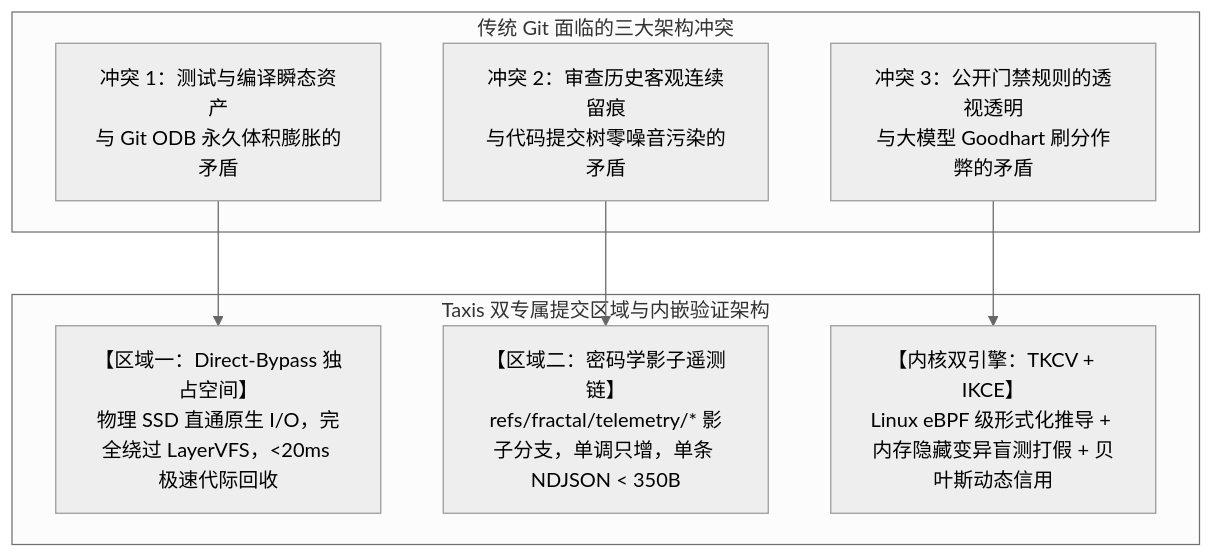
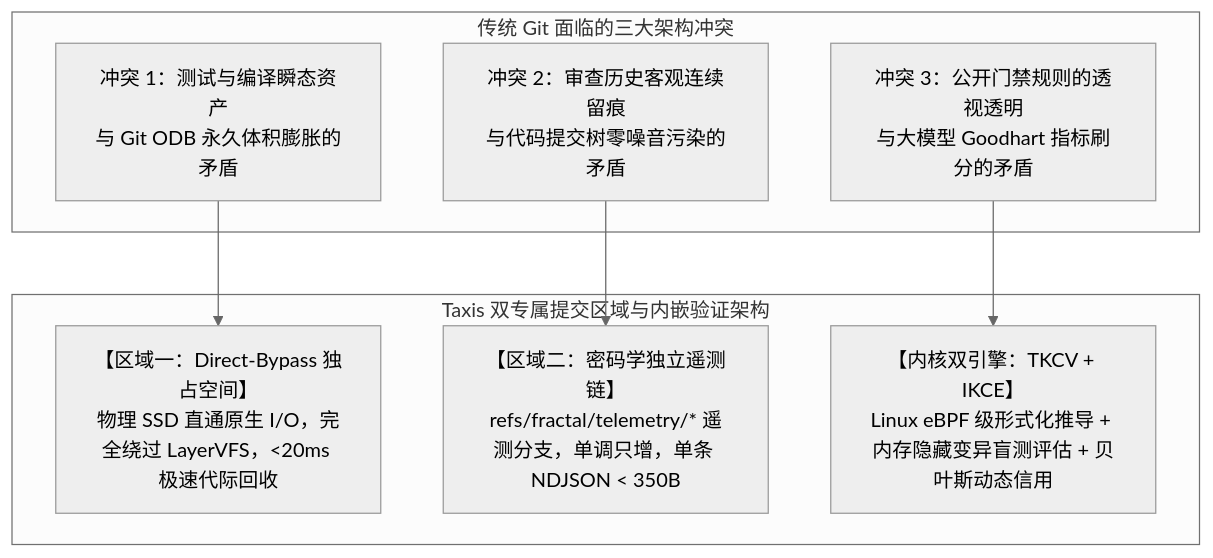
Before and after one commit to guilingzhouyi-creator/vscode-extensions: the first of 2 diagrams in fractal-git/docs/09-test-cache-and-telemetry-audit-spec.md, drawn with Mermaid (neutral theme). The commit also changed other lines of this file and 20 other files, not shown here.

````diff
--- a/fractal-git/docs/09-test-cache-and-telemetry-audit-spec.md
+++ b/fractal-git/docs/09-test-cache-and-telemetry-audit-spec.md
@@ -14,18 +14,18 @@
 ```mermaid
 flowchart TD
     subgraph CONFLICTS ["传统 Git 面临的三大架构冲突"]
         C1["冲突 1：测试与编译瞬态资产<br/>与 Git ODB 永久体积膨胀的矛盾"]
         C2["冲突 2：审查历史客观连续留痕<br/>与代码提交树零噪音污染的矛盾"]
-        C3["冲突 3：公开门禁规则的透视透明<br/>与大模型 Goodhart 刷分作弊的矛盾"]
+        C3["冲突 3：公开门禁规则的透视透明<br/>与大模型 Goodhart 指标刷分的矛盾"]
     end
 
     subgraph TAXIS_SOLUTIONS ["Taxis 双专属提交区域与内嵌验证架构"]
         S1["【区域一：Direct-Bypass 独占空间】<br/>物理 SSD 直通原生 I/O，完全绕过 LayerVFS，&lt;20ms 极速代际回收"]
-        S2["【区域二：密码学影子遥测链】<br/>refs/fractal/telemetry/* 影子分支，单调只增，单条 NDJSON &lt; 350B"]
-        S3["【内核双引擎：TKCV + IKCE】<br/>Linux eBPF 级形式化推导 + 内存隐藏变异盲测打假 + 贝叶斯动态信用"]
+        S2["【区域二：密码学独立遥测链】<br/>refs/fractal/telemetry/* 遥测分支，单调只增，单条 NDJSON &lt; 350B"]
+        S3["【内核双引擎：TKCV + IKCE】<br/>Linux eBPF 级形式化推导 + 内存隐藏变异盲测评估 + 贝叶斯动态信用"]
     end
 
     C1 --> S1
     C2 --> S2
     C3 --> S3
 ```
````
